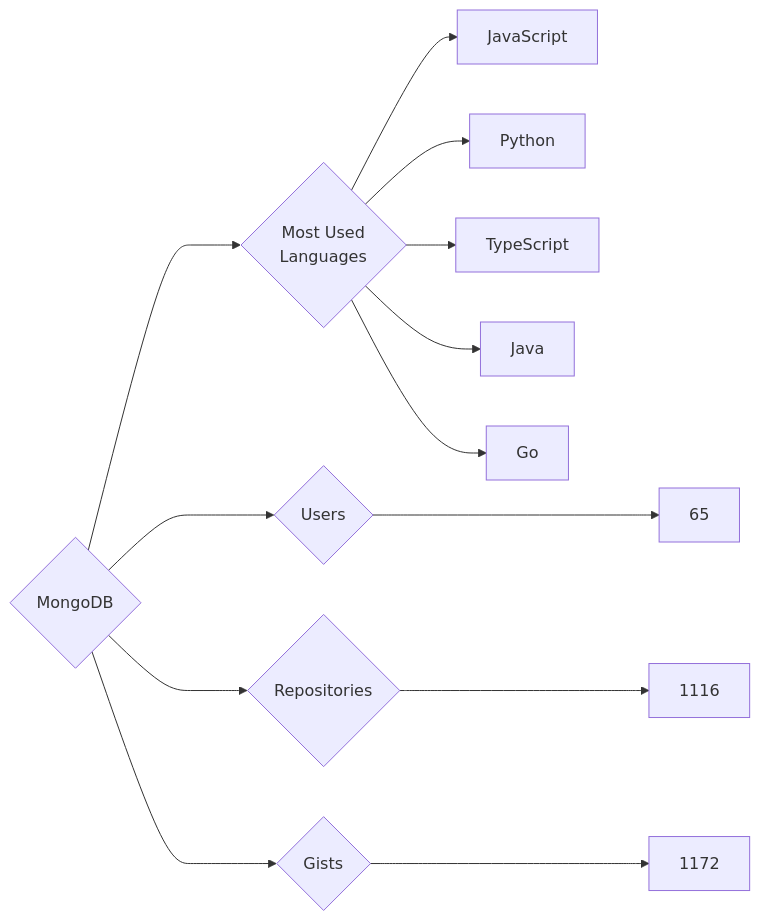
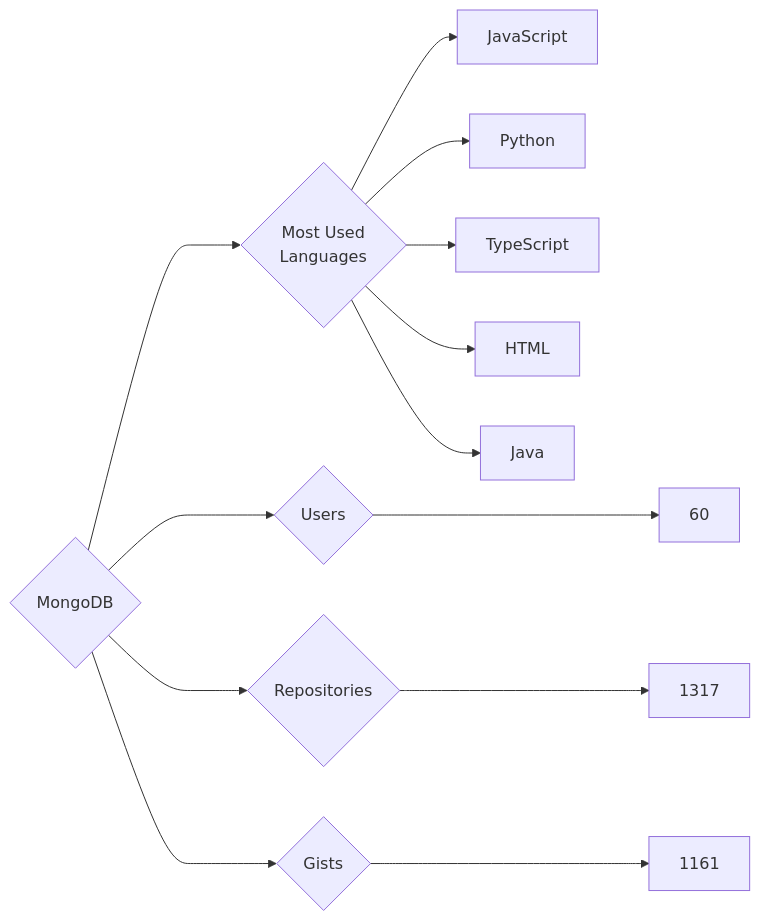
One commit to trickest/insiders changed the diagram in targets/MongoDB/README.md. Above: the diagram before and after it, drawn with Mermaid. The commit also changed 903 other files, not shown here.

````diff
--- a/targets/MongoDB/README.md
+++ b/targets/MongoDB/README.md
@@ -3,13 +3,13 @@
 ```mermaid
 graph LR
 COMPANY_NAME{MongoDB}
-COMPANY_NAME ---> U{Users} ---> UN[65]
-COMPANY_NAME ---> R{Repositories} ---> RN[1116]
-COMPANY_NAME ---> G{Gists} ---> GN[1172]
+COMPANY_NAME ---> U{Users} ---> UN[60]
+COMPANY_NAME ---> R{Repositories} ---> RN[1317]
+COMPANY_NAME ---> G{Gists} ---> GN[1161]
 COMPANY_NAME ---> ML{Most Used<br>Languages}
 ML --> JavaScript[JavaScript]
 ML --> Python[Python]
 ML --> TypeScript[TypeScript]
+ML --> HTML[HTML]
 ML --> Java[Java]
-ML --> Go[Go]
 ```
````
